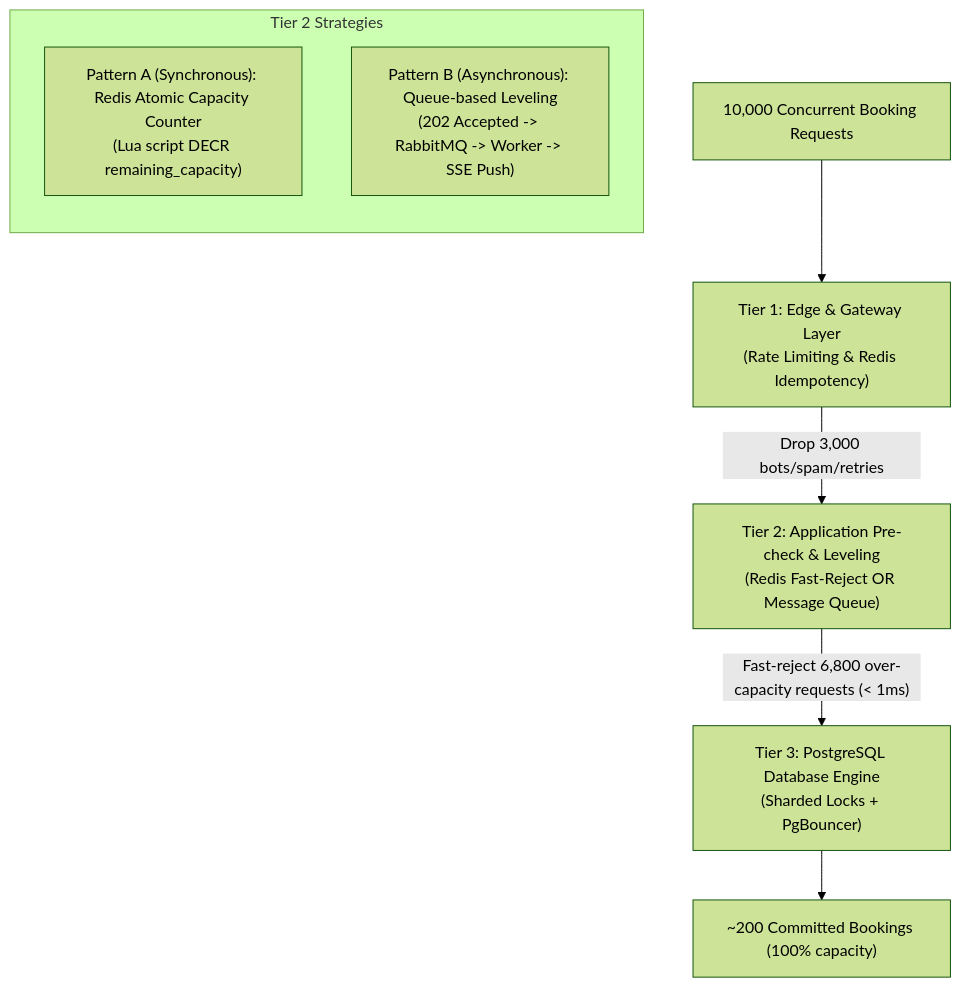
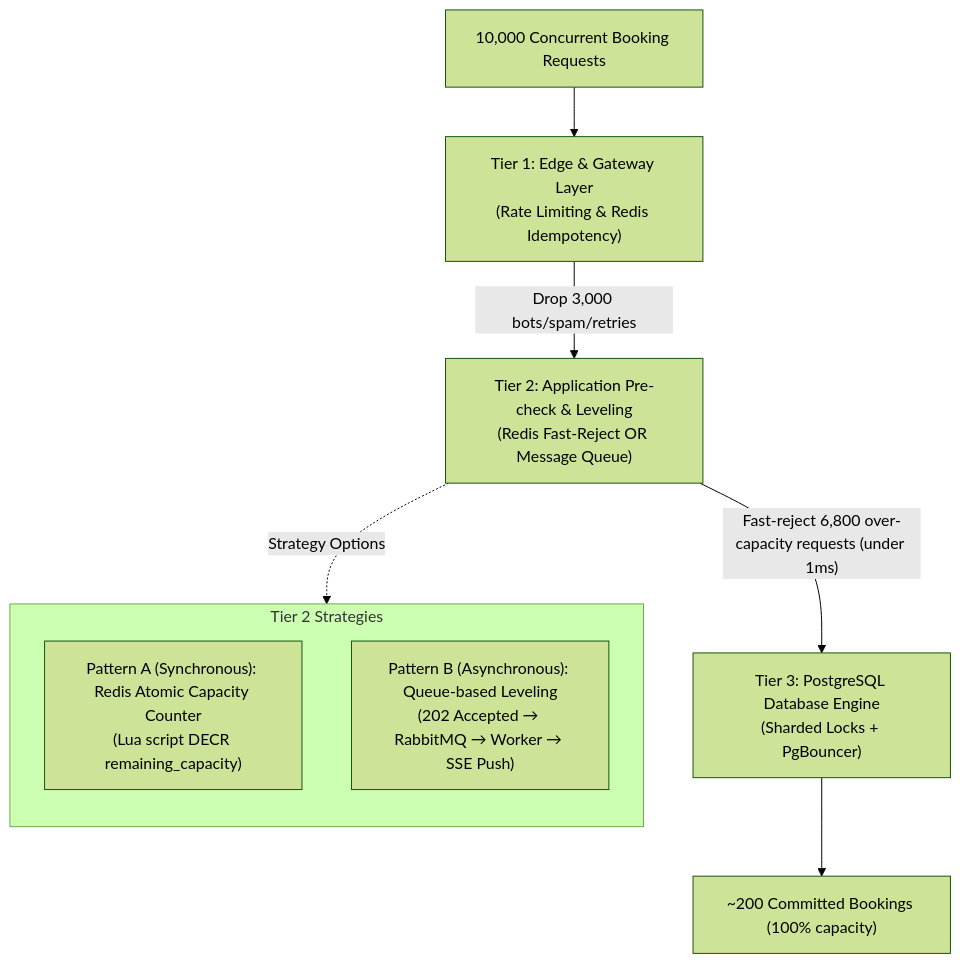
Before and after one commit to anhkhuong1306/the-unified-service-scheduler: the eighth of 8 diagrams in SYSTEM_DESIGN.md, drawn with Mermaid (forest theme). The commit also changed other lines of this file and 2 other files, not shown here.

````diff
--- a/SYSTEM_DESIGN.md
+++ b/SYSTEM_DESIGN.md
@@ -640,13 +971,15 @@
 ```mermaid
 flowchart TD
     Req["10,000 Concurrent Booking Requests"] --> T1["Tier 1: Edge & Gateway Layer<br/>(Rate Limiting & Redis Idempotency)"]
     T1 -- "Drop 3,000 bots/spam/retries" --> T2["Tier 2: Application Pre-check & Leveling<br/>(Redis Fast-Reject OR Message Queue)"]
-    T2 -- "Fast-reject 6,800 over-capacity requests (< 1ms)" --> T3["Tier 3: PostgreSQL Database Engine<br/>(Sharded Locks + PgBouncer)"]
+    T2 -- "Fast-reject 6,800 over-capacity requests (under 1ms)" --> T3["Tier 3: PostgreSQL Database Engine<br/>(Sharded Locks + PgBouncer)"]
     T3 --> OK["~200 Committed Bookings (100% capacity)"]
+
+    T2 -. "Strategy Options" .-> T2Detail
 
     subgraph T2Detail["Tier 2 Strategies"]
         direction TB
         A["Pattern A (Synchronous): Redis Atomic Capacity Counter<br/>(Lua script DECR remaining_capacity)"]
-        B["Pattern B (Asynchronous): Queue-based Leveling<br/>(202 Accepted -> RabbitMQ -> Worker -> SSE Push)"]
+        B["Pattern B (Asynchronous): Queue-based Leveling<br/>(202 Accepted → RabbitMQ → Worker → SSE Push)"]
     end
 ```
````
